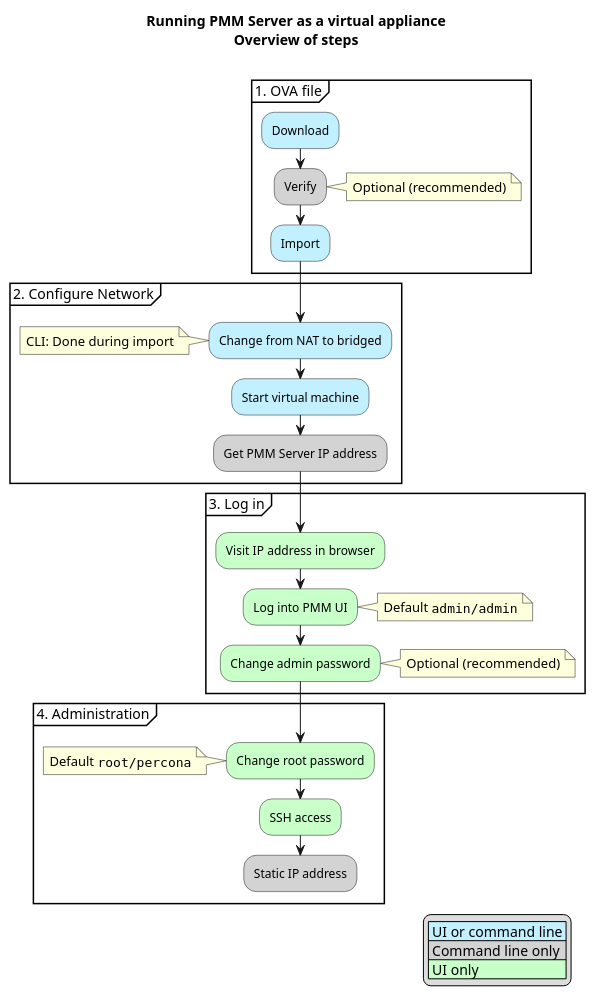
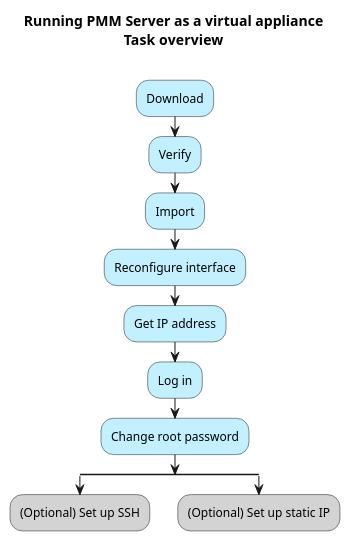
One commit to percona/pmm-doc changed the diagram in _resources/diagrams/Setting-Up_Server_Virtual-Appliance.puml. Above: the diagram before and after it, drawn with PlantUML. The commit also changed other lines of this file and 2 other files, not shown here.

```diff
--- a/_resources/diagrams/Setting-Up_Server_Virtual-Appliance.puml
+++ b/_resources/diagrams/Setting-Up_Server_Virtual-Appliance.puml
@@ -4,45 +7,16 @@
 @startuml
-title Running PMM Server as a virtual appliance\nOverview of steps\n
-
-legend bottom right
-<#application>| UI or command line |
-<#lightgrey>| Command line only |
-<#technology>| UI only|
-endlegend
-
-partition "1. OVA file" {
-	#application:Download;
-	#lightgrey:Verify;
-	note right
-	Optional (recommended)
-	end note
-	#application:Import;
-}
-partition "2. Configure Network" {
-	#application:Change from NAT to bridged;
-	note left
-	CLI: Done during import
-	end note
-	#application :Start virtual machine;
-	#lightgrey:Get PMM Server IP address;
-}
-partition "3. Log in" {
-	#technology:Visit IP address in browser;
-	#technology:Log into PMM UI;
-	note right
-	Default ""admin/admin""
-	end note
-	#technology:Change admin password;
-	note right
-	Optional (recommended)
-	end note
-}
-partition "4. Administration" {
-	#technology:Change root password;
-	note left
-	Default ""root/percona""
-	end note
-	#technology:SSH access;
-	#lightgrey:Static IP address;
-}
+title Running PMM Server as a virtual appliance\nTask overview\n
+#application:Download;
+#application:Verify;
+#application:Import;
+#application:Reconfigure interface;
+#application:Get IP address;
+#application:Log in;
+#application:Change root password;
+split
+	#lightgrey:(Optional) Set up SSH;
+kill
+split again
+	#lightgrey:(Optional) Set up static IP;
+kill
 @enduml
```
